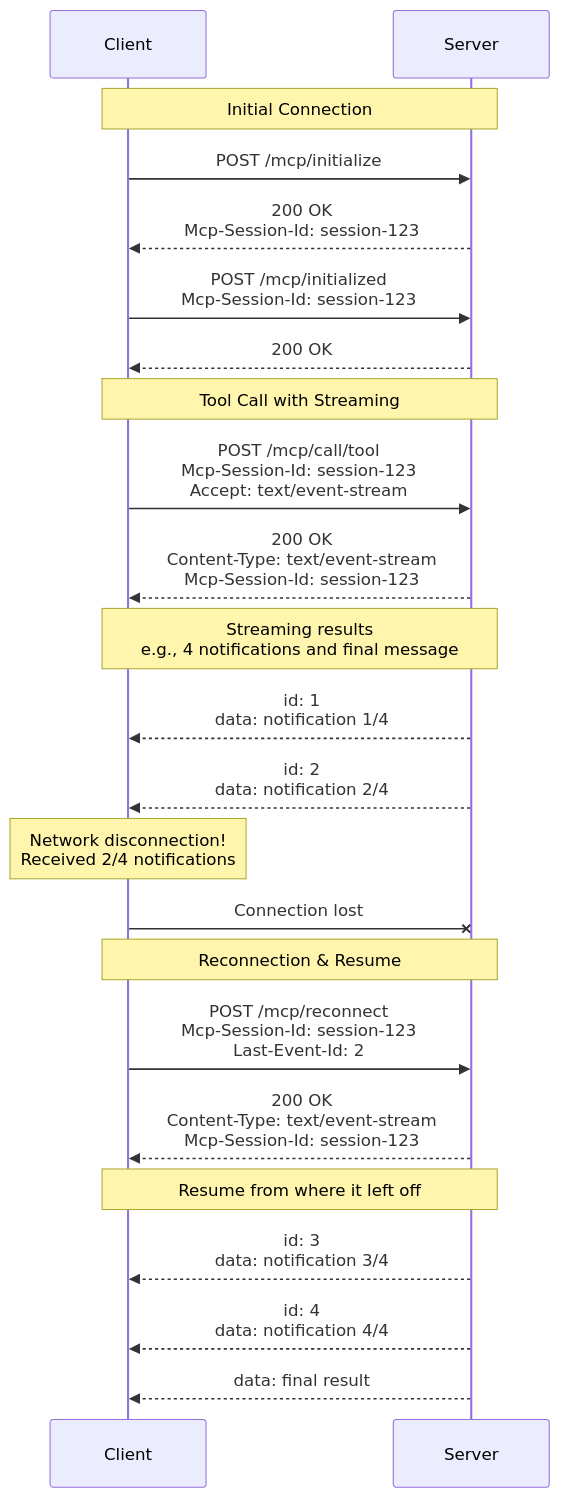
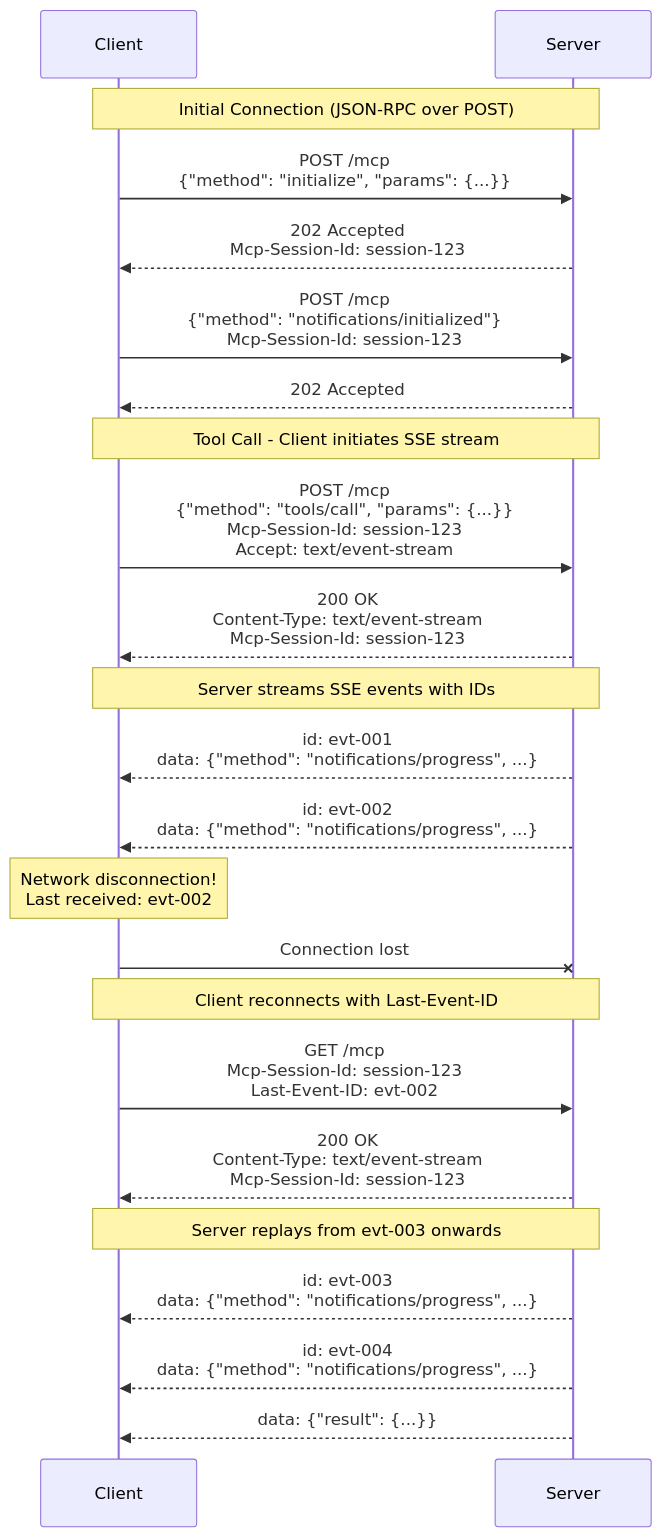
Before and after one commit to welldesignedsystem/welldesignedsystem.github.io: the second of 2 diagrams in content/english/blog/ai/mcp.md, drawn with Mermaid.

Commit message:
reference updated

````diff
--- a/content/english/blog/ai/mcp.md
+++ b/content/english/blog/ai/mcp.md
@@ -88,32 +88,32 @@
 ```mermaid
 sequenceDiagram
     participant Client
     participant Server
 
-    Note over Client,Server: Initial Connection
-    Client->>Server: POST /mcp/initialize
-    Server-->>Client: 200 OK<br/>Mcp-Session-Id: session-123
+    Note over Client,Server: Initial Connection (JSON-RPC over POST)
+    Client->>Server: POST /mcp<br/>{"method": "initialize", "params": {...}}
+    Server-->>Client: 202 Accepted<br/>Mcp-Session-Id: session-123
     
-    Client->>Server: POST /mcp/initialized<br/>Mcp-Session-Id: session-123
-    Server-->>Client: 200 OK
+    Client->>Server: POST /mcp<br/>{"method": "notifications/initialized"}<br/>Mcp-Session-Id: session-123
+    Server-->>Client: 202 Accepted
 
-    Note over Client,Server: Tool Call with Streaming
-    Client->>Server: POST /mcp/call/tool<br/>Mcp-Session-Id: session-123<br/>Accept: text/event-stream
+    Note over Client,Server: Tool Call - Client initiates SSE stream
+    Client->>Server: POST /mcp<br/>{"method": "tools/call", "params": {...}}<br/>Mcp-Session-Id: session-123<br/>Accept: text/event-stream
     Server-->>Client: 200 OK<br/>Content-Type: text/event-stream<br/>Mcp-Session-Id: session-123
     
-    Note over Server,Client: Streaming results<br/>e.g., 4 notifications and final message
-    Server-->>Client: id: 1<br/>data: notification 1/4
-    Server-->>Client: id: 2<br/>data: notification 2/4
+    Note over Server,Client: Server streams SSE events with IDs
+    Server-->>Client: id: evt-001<br/>data: {"method": "notifications/progress", ...}
+    Server-->>Client: id: evt-002<br/>data: {"method": "notifications/progress", ...}
     
-    Note over Client: Network disconnection!<br/>Received 2/4 notifications
+    Note over Client: Network disconnection!<br/>Last received: evt-002
     Client-xServer: Connection lost
     
-    Note over Client,Server: Reconnection & Resume
-    Client->>Server: POST /mcp/reconnect<br/>Mcp-Session-Id: session-123<br/>Last-Event-Id: 2
+    Note over Client,Server: Client reconnects with Last-Event-ID
+    Client->>Server: GET /mcp<br/>Mcp-Session-Id: session-123<br/>Last-Event-ID: evt-002
     Server-->>Client: 200 OK<br/>Content-Type: text/event-stream<br/>Mcp-Session-Id: session-123
     
-    Note over Server,Client: Resume from where it left off
-    Server-->>Client: id: 3<br/>data: notification 3/4
-    Server-->>Client: id: 4<br/>data: notification 4/4
-    Server-->>Client: data: final result
+    Note over Server,Client: Server replays from evt-003 onwards
+    Server-->>Client: id: evt-003<br/>data: {"method": "notifications/progress", ...}
+    Server-->>Client: id: evt-004<br/>data: {"method": "notifications/progress", ...}
+    Server-->>Client: data: {"result": {...}}
 ```  
````
